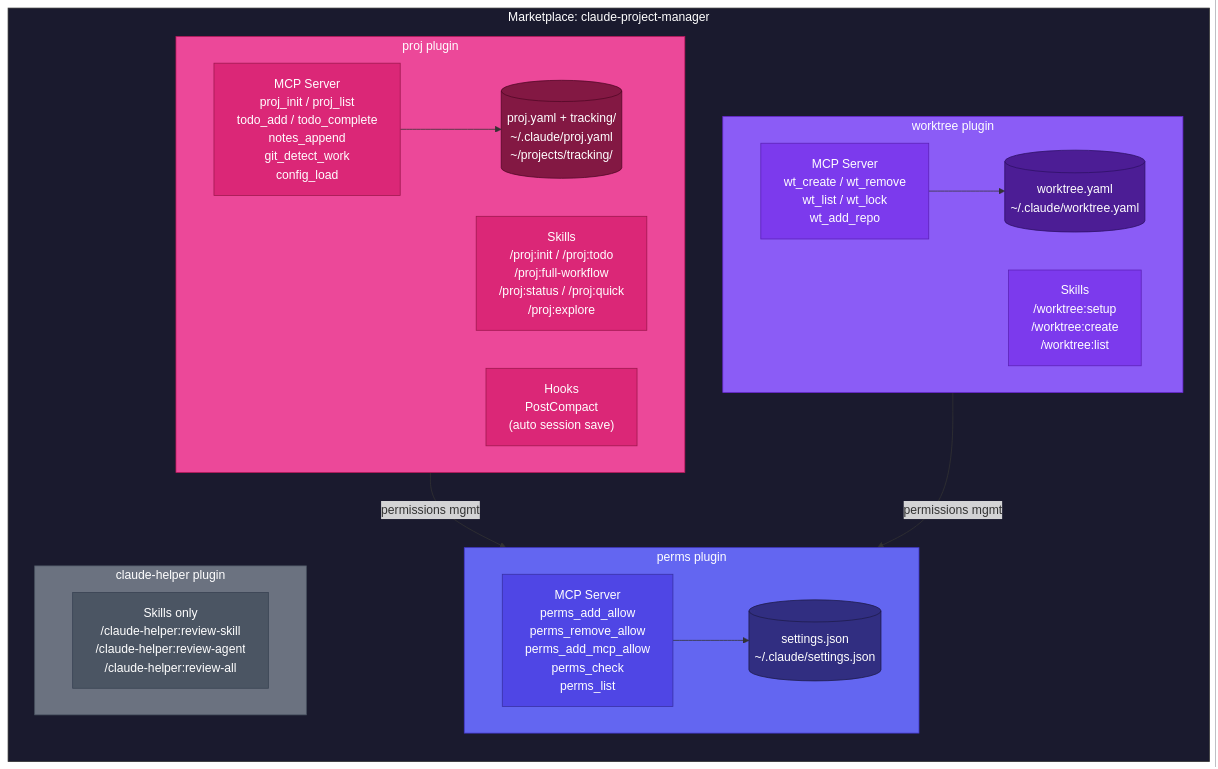
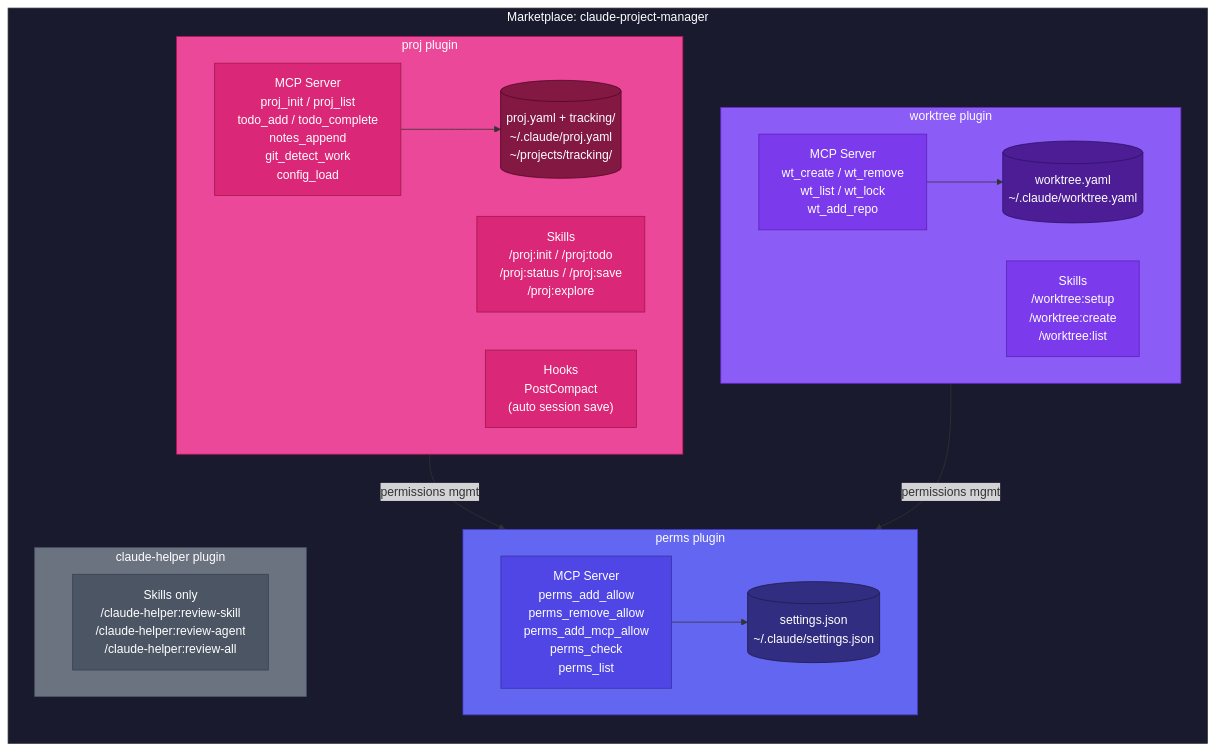
The fifth of 7 diagrams in docs/diagrams/mermaid.md (raulfrk/claude-project-manager), drawn with Mermaid before and after one commit. The commit also changed other lines of this file and 34 other files, not shown here.

````diff
--- a/docs/diagrams/mermaid.md
+++ b/docs/diagrams/mermaid.md
@@ -119,60 +119,60 @@
 ```mermaid
 flowchart TB
     subgraph marketplace["Marketplace: claude-project-manager"]
         direction TB
 
         subgraph perms_plugin["perms plugin"]
             direction LR
             perms_mcp["MCP Server<br/>perms_add_allow<br/>perms_remove_allow<br/>perms_add_mcp_allow<br/>perms_check<br/>perms_list"]
             perms_store[("settings.json<br/>~/.claude/settings.json")]
             perms_mcp --> perms_store
         end
 
         subgraph worktree_plugin["worktree plugin"]
             direction LR
             wt_mcp["MCP Server<br/>wt_create / wt_remove<br/>wt_list / wt_lock<br/>wt_add_repo"]
             wt_skills["Skills<br/>/worktree:setup<br/>/worktree:create<br/>/worktree:list"]
             wt_store[("worktree.yaml<br/>~/.claude/worktree.yaml")]
             wt_mcp --> wt_store
         end
 
         subgraph proj_plugin["proj plugin"]
             direction LR
             proj_mcp["MCP Server<br/>proj_init / proj_list<br/>todo_add / todo_complete<br/>notes_append<br/>git_detect_work<br/>config_load"]
-            proj_skills["Skills<br/>/proj:init / /proj:todo<br/>/proj:full-workflow<br/>/proj:status / /proj:quick<br/>/proj:explore"]
+            proj_skills["Skills<br/>/proj:init / /proj:todo<br/>/proj:status / /proj:save<br/>/proj:explore"]
             proj_hooks["Hooks<br/>PostCompact<br/>(auto session save)"]
             proj_store[("proj.yaml + tracking/<br/>~/.claude/proj.yaml<br/>~/projects/tracking/")]
             proj_mcp --> proj_store
         end
 
         subgraph helper_plugin["claude-helper plugin"]
             direction LR
             helper_skills["Skills only<br/>/claude-helper:review-skill<br/>/claude-helper:review-agent<br/>/claude-helper:review-all"]
         end
     end
 
     %% Dependencies
     proj_plugin -- "permissions mgmt" --> perms_plugin
     worktree_plugin -- "permissions mgmt" --> perms_plugin
 
     %% Styling
     style marketplace fill:#1a1a2e,stroke:#333,color:#fff
     style perms_plugin fill:#6366F1,stroke:#4338CA,color:#fff
     style worktree_plugin fill:#8B5CF6,stroke:#6D28D9,color:#fff
     style proj_plugin fill:#EC4899,stroke:#BE185D,color:#fff
     style helper_plugin fill:#6B7280,stroke:#4B5563,color:#fff
 
     style perms_mcp fill:#4F46E5,stroke:#3730A3,color:#fff
     style perms_store fill:#312E81,stroke:#1E1B4B,color:#fff
 
     style wt_mcp fill:#7C3AED,stroke:#5B21B6,color:#fff
     style wt_skills fill:#7C3AED,stroke:#5B21B6,color:#fff
     style wt_store fill:#4C1D95,stroke:#2E1065,color:#fff
 
     style proj_mcp fill:#DB2777,stroke:#9D174D,color:#fff
     style proj_skills fill:#DB2777,stroke:#9D174D,color:#fff
     style proj_hooks fill:#DB2777,stroke:#9D174D,color:#fff
     style proj_store fill:#831843,stroke:#500724,color:#fff
 
     style helper_skills fill:#4B5563,stroke:#374151,color:#fff
 ```
````
